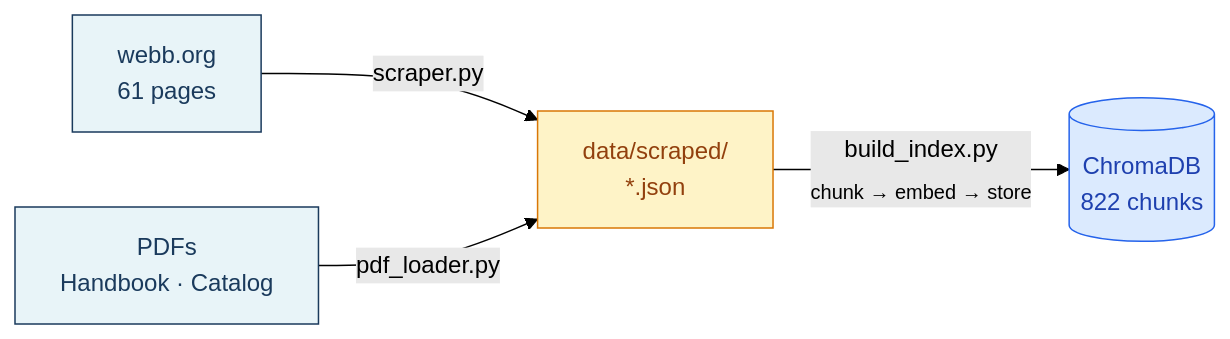
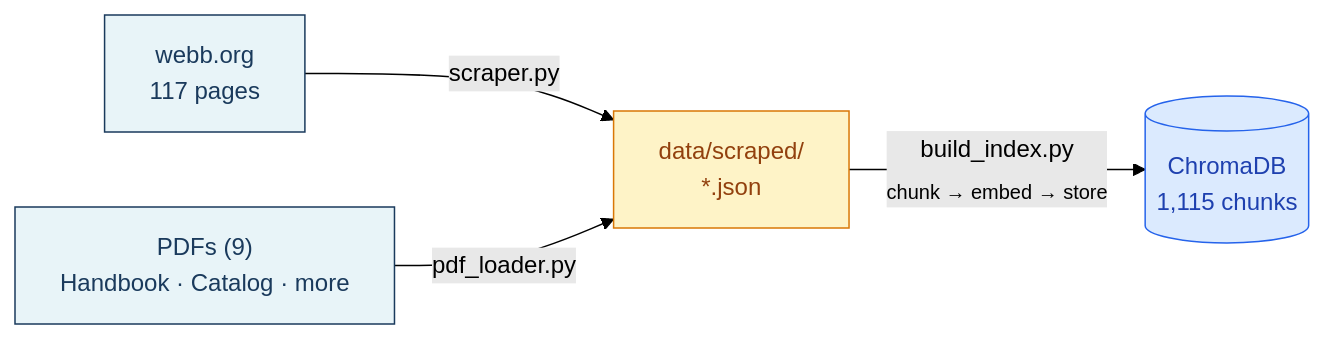
One commit to szkangjian/webb-ai changed the second of 2 diagrams in README.md. Above: the diagram before and after it, drawn with Mermaid (forest theme). The commit also changed other lines of this file and 2 other files, not shown here.

First line of the commit message:
Add product roadmap (EN/ZH) and update README with current stats

````diff
--- a/README.md
+++ b/README.md
@@ -95,11 +97,11 @@
 ```mermaid
 flowchart LR
-    W["webb.org<br/>61 pages"] -->|scraper.py| J["data/scraped/<br/>*.json"]
-    P["PDFs<br/>Handbook · Catalog"] -->|pdf_loader.py| J
-    J -->|"build_index.py<br/><sub>chunk → embed → store</sub>"| C[("ChromaDB<br/>822 chunks")]
+    W["webb.org<br/>117 pages"] -->|scraper.py| J["data/scraped/<br/>*.json"]
+    P["PDFs (9)<br/>Handbook · Catalog · more"] -->|pdf_loader.py| J
+    J -->|"build_index.py<br/><sub>chunk → embed → store</sub>"| C[("ChromaDB<br/>1,115 chunks")]
 
     style W fill:#e8f4f8,stroke:#1a3a5c,color:#1a3a5c
     style P fill:#e8f4f8,stroke:#1a3a5c,color:#1a3a5c
     style J fill:#fef3c7,stroke:#d97706,color:#92400e
     style C fill:#dbeafe,stroke:#2563eb,color:#1e40af
 ```
````
